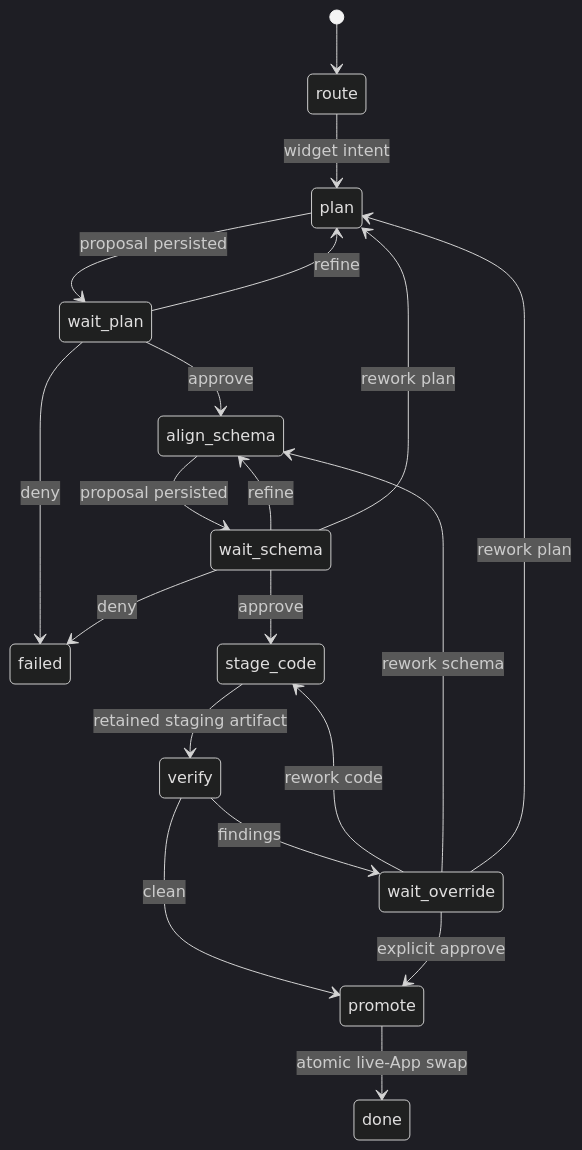
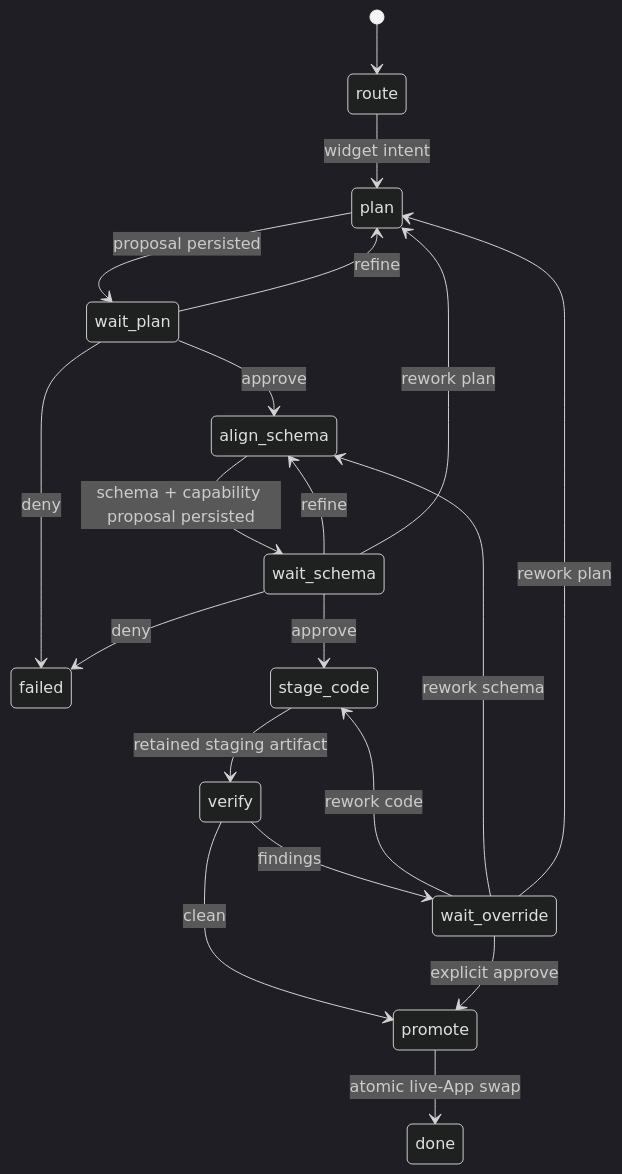
One commit to BillShiyaoZhang/ambient-agent changed the third of 4 diagrams in docs/agent/harness.md. Above: the diagram before and after it, drawn with Mermaid (dark theme). The commit also changed other lines of this file and 97 other files, not shown here.

````diff
--- a/docs/agent/harness.md
+++ b/docs/agent/harness.md
@@ -77,22 +77,22 @@
 ```mermaid
 stateDiagram-v2
     [*] --> route
     route --> plan: widget intent
     plan --> wait_plan: proposal persisted
     wait_plan --> align_schema: approve
     wait_plan --> plan: refine
     wait_plan --> failed: deny
-    align_schema --> wait_schema: proposal persisted
+    align_schema --> wait_schema: schema + capability proposal persisted
     wait_schema --> stage_code: approve
     wait_schema --> align_schema: refine
     wait_schema --> plan: rework plan
     wait_schema --> failed: deny
     stage_code --> verify: retained staging artifact
     verify --> promote: clean
     verify --> wait_override: findings
     wait_override --> promote: explicit approve
     wait_override --> stage_code: rework code
     wait_override --> align_schema: rework schema
     wait_override --> plan: rework plan
     promote --> done: atomic live-App swap
 ```
````
